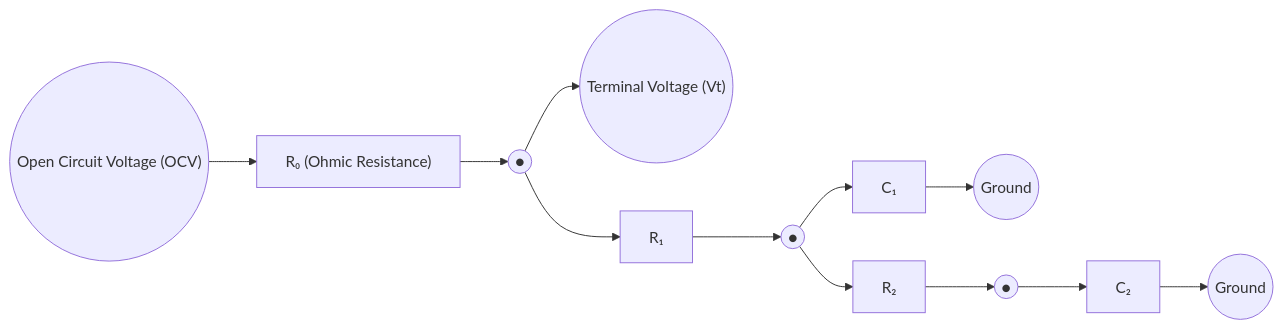
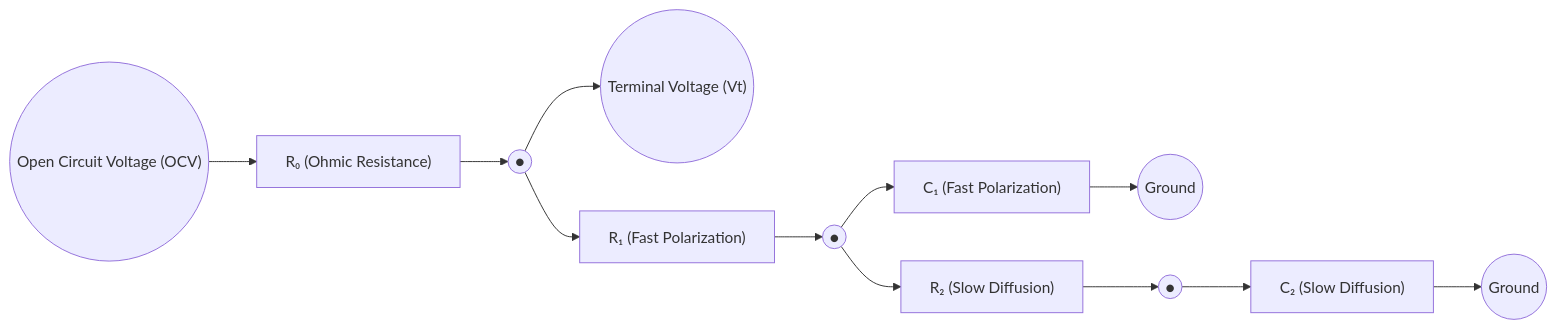
One commit to tanish-jain-225/Battery_State_Estimator_BE_Project_2026_2027 changed the second of 3 diagrams in README.md. Above: the diagram before and after it, drawn with Mermaid. The commit also changed other lines of this file and 40 other files, not shown here.

````diff
--- a/README.md
+++ b/README.md
@@ -329,21 +236,21 @@
 ```mermaid
 flowchart LR
     OCV(("Open Circuit Voltage (OCV)"))
     R0["R₀ (Ohmic Resistance)"]
     N1((●))
     VT(("Terminal Voltage (Vt)"))
 
-    R1["R₁"]
-    C1["C₁"]
+    R1["R₁ (Fast Polarization)"]
+    C1["C₁ (Fast Polarization)"]
 
-    R2["R₂"]
-    C2["C₂"]
+    R2["R₂ (Slow Diffusion)"]
+    C2["C₂ (Slow Diffusion)"]
 
     OCV --> R0 --> N1 --> VT
 
     N1 --> R1 --> N2((●))
     N2 --> C1 --> G1((Ground))
 
     N2 --> R2 --> N3((●))
     N3 --> C2 --> G2((Ground))
 ```
````
